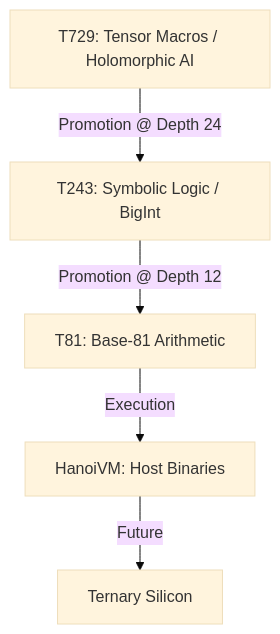
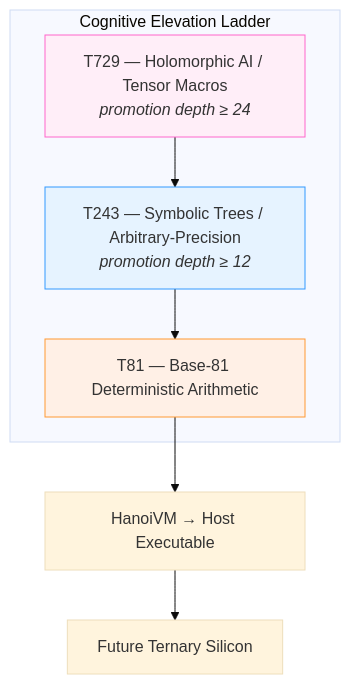
Before and after one commit to t81dev/t81-foundation: the diagram in README.md, drawn with Mermaid (base theme). The commit also changed other lines of this file, not shown here.

````diff
--- a/README.md
+++ b/README.md
@@ -34,7 +35,14 @@
 ```mermaid
 graph TD
-    T729[T729: Tensor Macros / Holomorphic AI] -->|Promotion @ Depth 24| T243
-    T243[T243: Symbolic Logic / BigInt] -->|Promotion @ Depth 12| T81
-    T81[T81: Base-81 Arithmetic] -->|Execution| HVM
-    HVM[HanoiVM: Host Binaries] -->|Future| SILICON[Ternary Silicon]
+    subgraph "Cognitive Elevation Ladder"
+        T729["T729 — Holomorphic AI / Tensor Macros<br/><i>promotion depth ≥ 24</i>"]
+        T243["T243 — Symbolic Trees / Arbitrary-Precision<br/><i>promotion depth ≥ 12</i>"]
+        T81["T81 — Base-81 Deterministic Arithmetic"]
+    end
+    T729 --> T243 --> T81
+    T81 --> VM[HanoiVM → Host Executable]
+    VM --> Future[Future Ternary Silicon]
+    style T729 fill:#ffeef8,stroke:#ff66cc
+    style T243 fill:#e6f3ff,stroke:#3399ff
+    style T81 fill:#fff0e6,stroke:#ff9933
 ```
````
